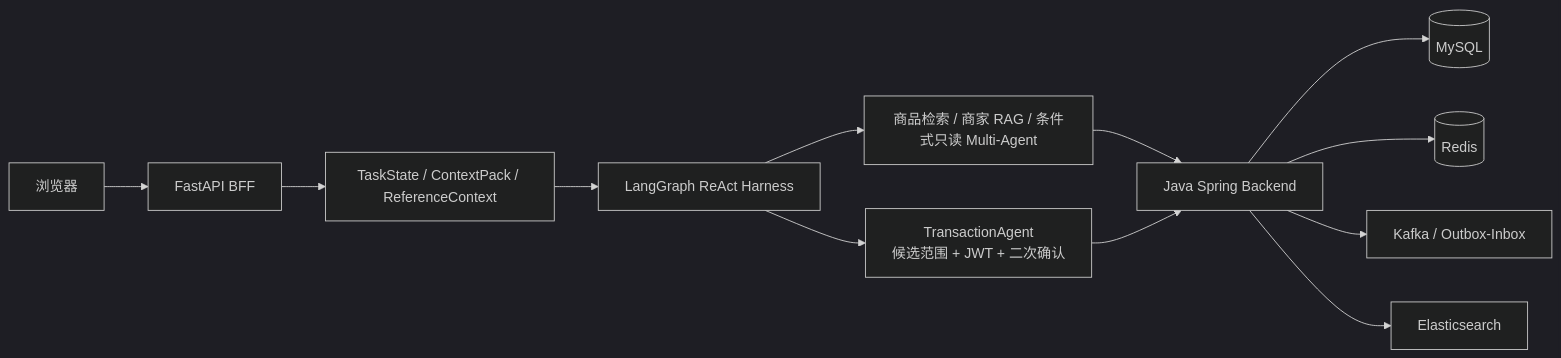
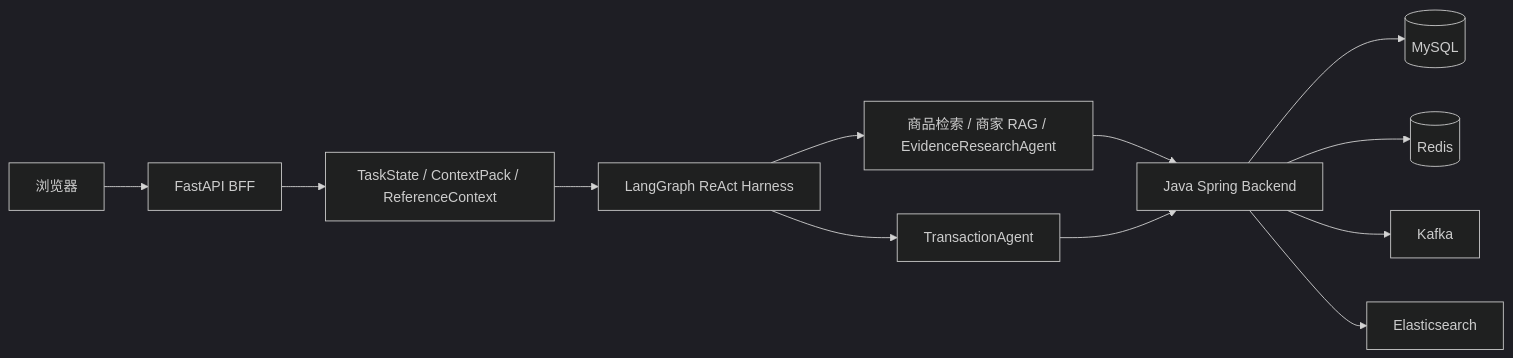
The diagram in README.md (Osir1603644274/ecommerce-shopping-agent), drawn with Mermaid (dark theme) before and after one commit. The commit also changed other lines of this file and 18 other files, not shown here.

````diff
--- a/README.md
+++ b/README.md
@@ -12,14 +20,14 @@
 ```mermaid
 flowchart LR
     U[浏览器] --> B[FastAPI BFF]
     B --> S[TaskState / ContextPack / ReferenceContext]
     S --> H[LangGraph ReAct Harness]
-    H --> R[商品检索 / 商家 RAG / 条件式只读 Multi-Agent]
-    H --> T[TransactionAgent<br/>候选范围 + JWT + 二次确认]
+    H --> R[商品检索 / 商家 RAG / EvidenceResearchAgent]
+    H --> T[TransactionAgent]
     R --> J[Java Spring Backend]
     T --> J
     J --> M[(MySQL)]
     J --> C[(Redis)]
-    J --> K[Kafka / Outbox-Inbox]
+    J --> K[Kafka]
     J --> E[Elasticsearch]
 ```
````
